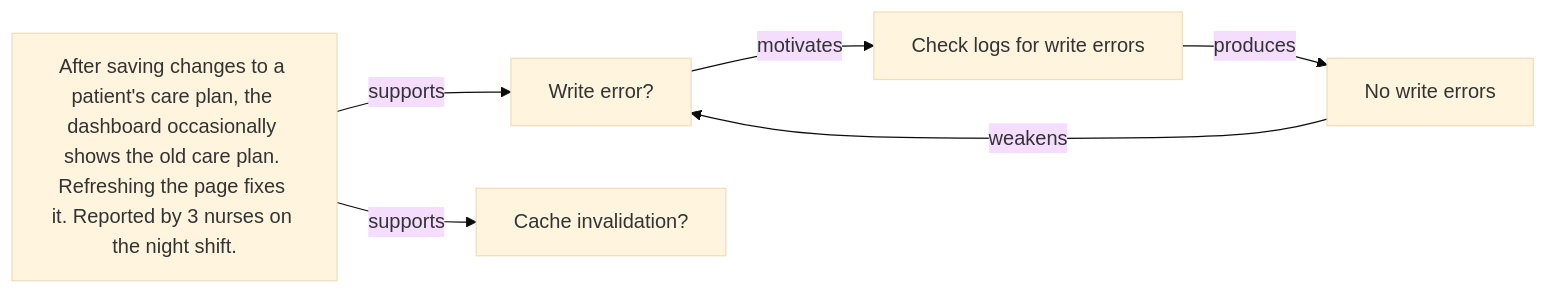
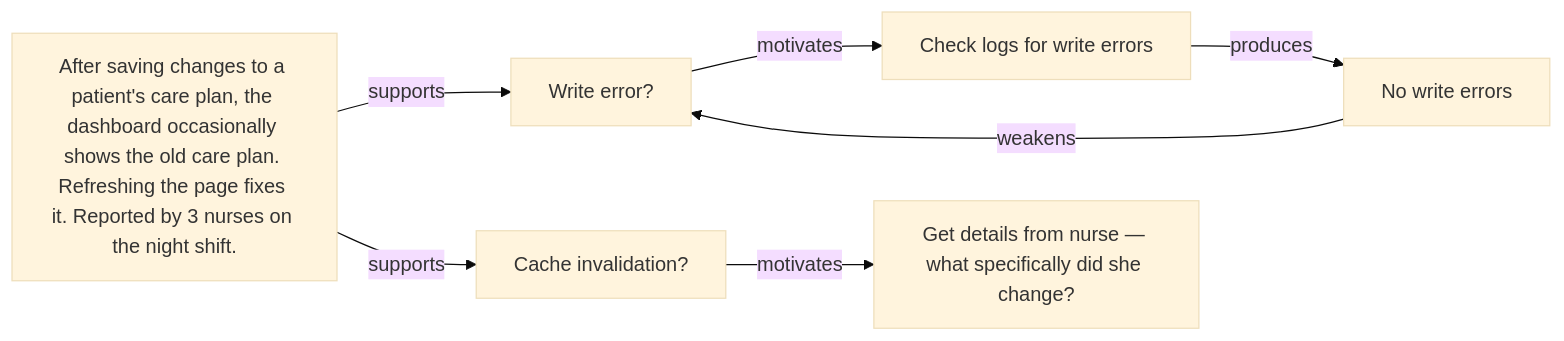
One commit to kahunacohen/why changed the diagram in diagrams/bug.mmd. Above: the diagram before and after it, drawn with Mermaid (base theme).

```diff
--- a/diagrams/bug.mmd
+++ b/diagrams/bug.mmd
@@ -1,19 +1,22 @@
 %% Bug report: After saving changes to a patient's care plan, the dashboard occasionally shows the old care plan. Refreshing the page fixes it. Reported by 3 nurses on the night shift.
 %% Root cause: The care plan save endpoint updates a care_plan_notes table but doesn't touch the main care_plans record. The cache invalidation job checks care_plans.updated_at to decide what to evict. Since that timestamp never changes, the job skips it, and the cache keeps
 %% serving the old care plan.
 
 flowchart LR
 
 B1["After saving changes to a patient's care plan, the dashboard occasionally shows the old care plan. Refreshing the page fixes it. Reported by 3 nurses on the night shift."]
 H1["Write error?"]
 H2["Cache invalidation?"]
 
 B1 --> |supports| H1
 B1 --> |supports| H2
 
 A1["Check logs for write errors"]
 H1 --> |motivates| A1
 
 O1["No write errors"]
 A1 --> |produces| O1
 O1 --> |weakens| H1
+
+A2["Get details from nurse — what specifically did she change?"]
+H2 --> |motivates| A2
```
